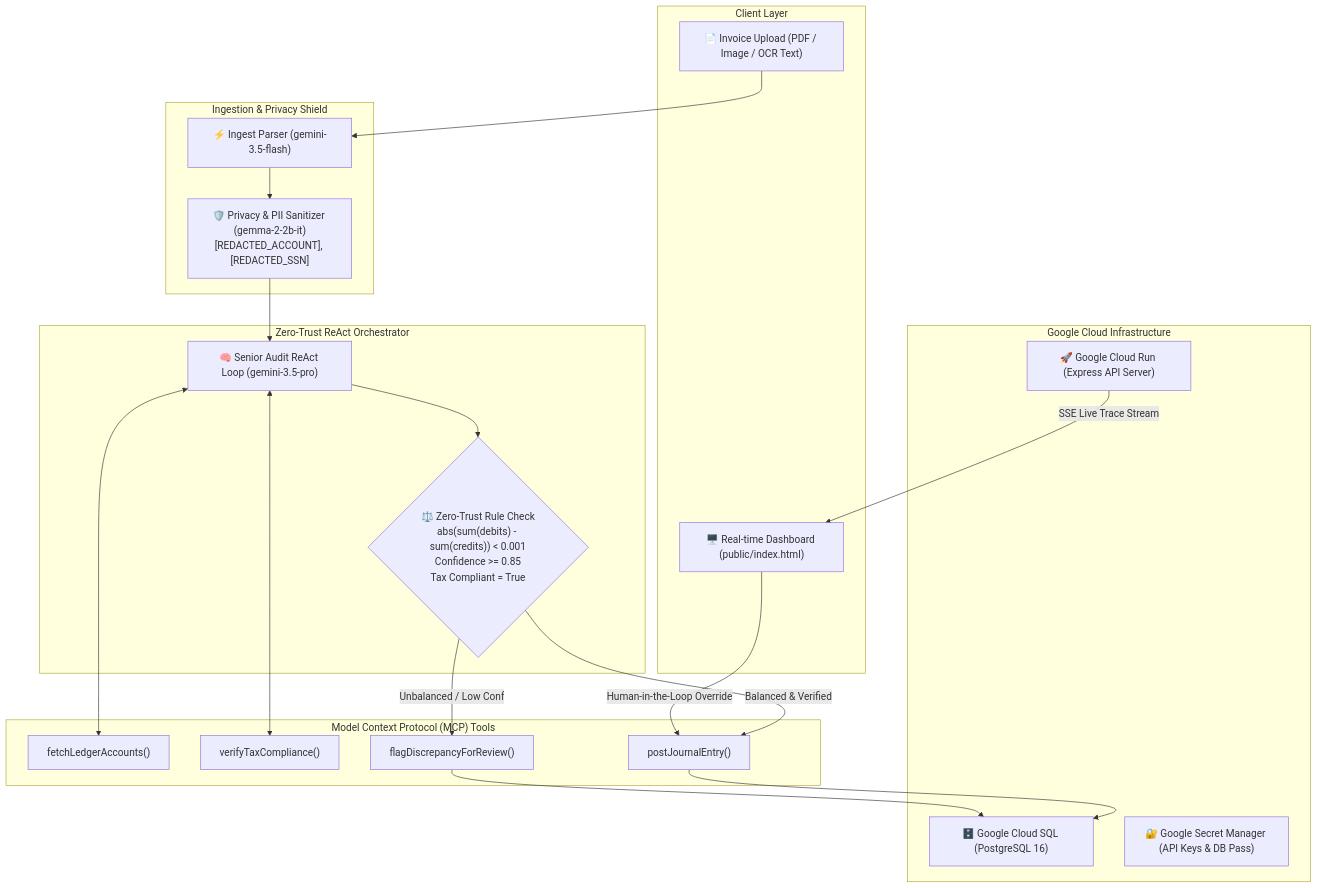
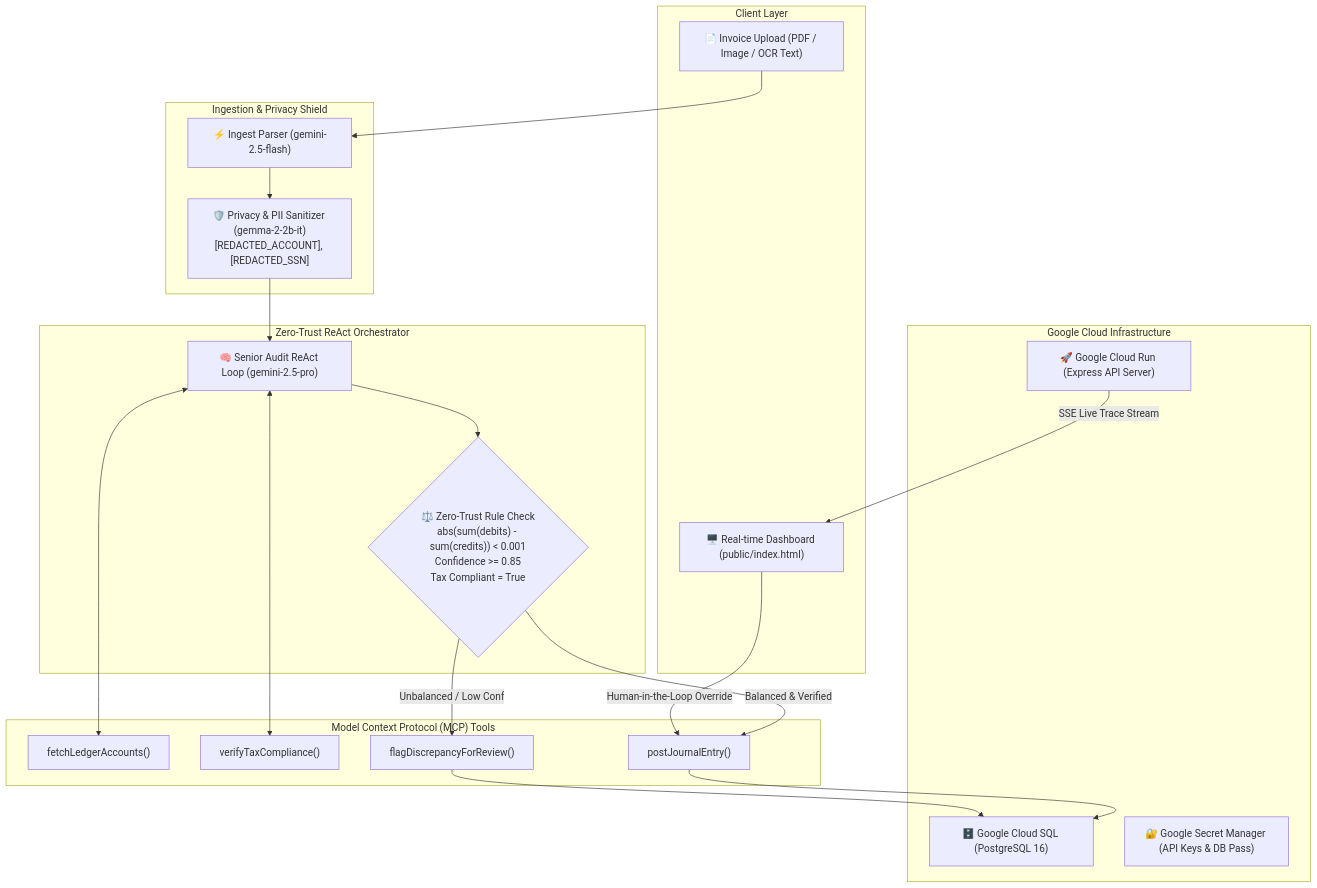
One commit to kaji-maker/agent-ledger changed the diagram in README.md. Above: the diagram before and after it, drawn with Mermaid. The commit also changed other lines of this file and 14 other files, not shown here.

Commit message:
fix: update model references to official Gemini 2.5 Pro & Flash

````diff
--- a/README.md
+++ b/README.md
@@ -26,40 +26,40 @@
 ```mermaid
 flowchart TD
     subgraph Client ["Client Layer"]
         UI["🖥️ Real-time Dashboard (public/index.html)"]
         Upload["📄 Invoice Upload (PDF / Image / OCR Text)"]
     end
 
     subgraph Ingestion ["Ingestion & Privacy Shield"]
-        F1["⚡ Ingest Parser (gemini-3.5-flash)"]
+        F1["⚡ Ingest Parser (gemini-2.5-flash)"]
         G1["🛡️ Privacy & PII Sanitizer (gemma-2-2b-it)\n[REDACTED_ACCOUNT], [REDACTED_SSN]"]
     end
 
     subgraph Reasoning ["Zero-Trust ReAct Orchestrator"]
-        O1["🧠 Senior Audit ReAct Loop (gemini-3.5-pro)"]
+        O1["🧠 Senior Audit ReAct Loop (gemini-2.5-pro)"]
         Z1{"⚖️ Zero-Trust Rule Check\nabs(sum(debits) - sum(credits)) < 0.001\nConfidence >= 0.85\nTax Compliant = True"}
     end
 
     subgraph MCP ["Model Context Protocol (MCP) Tools"]
         T1["fetchLedgerAccounts()"]
         T2["verifyTaxCompliance()"]
         T3["postJournalEntry()"]
         T4["flagDiscrepancyForReview()"]
     end
 
     subgraph Backend ["Google Cloud Infrastructure"]
         CR["🚀 Google Cloud Run (Express API Server)"]
         CSQL["🗄️ Google Cloud SQL (PostgreSQL 16)"]
         SM["🔐 Google Secret Manager (API Keys & DB Pass)"]
     end
 
     Upload --> F1
     F1 --> G1
     G1 --> O1
     O1 <--> T1 & T2
     O1 --> Z1
     Z1 -- "Balanced & Verified" --> T3 --> CSQL
     Z1 -- "Unbalanced / Low Conf" --> T4 --> CSQL
     CR -- "SSE Live Trace Stream" --> UI
     UI -- "Human-in-the-Loop Override" --> T3
 ```
````
